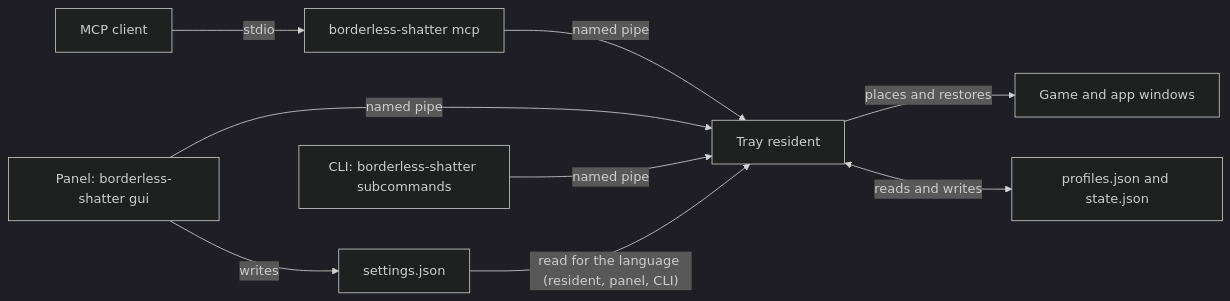
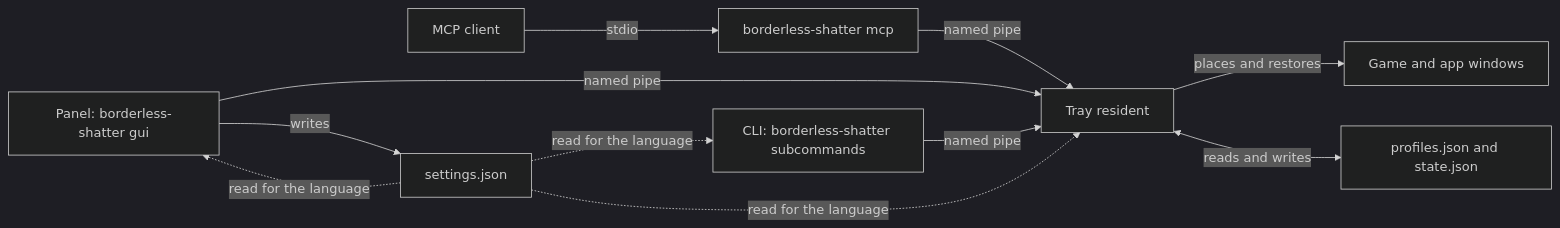
The diagram in README.md (frandev94/shattered-islands), drawn with Mermaid (dark theme) before and after one commit.

Commit message:
docs: draw every reader of settings.json in the process diagram
The resident, the panel and the CLI all read settings.json for the language; the diagram now shows a dotted read edge to each instead of one edge labelled with three readers.

````diff
--- a/README.md
+++ b/README.md
@@ -23,14 +23,16 @@
 ```mermaid
 flowchart LR
     client["MCP client"] -->|"stdio"| mcp["borderless-shatter mcp"]
     panel["Panel: borderless-shatter gui"]
     cli["CLI: borderless-shatter subcommands"]
     resident["Tray resident"]
     mcp -->|"named pipe"| resident
     panel -->|"named pipe"| resident
     cli -->|"named pipe"| resident
     resident -->|"places and restores"| windows["Game and app windows"]
     resident <-->|"reads and writes"| data["profiles.json and state.json"]
     panel -->|"writes"| settings["settings.json"]
-    settings -->|"read for the language (resident, panel, CLI)"| resident
+    settings -.->|"read for the language"| resident
+    settings -.->|"read for the language"| panel
+    settings -.->|"read for the language"| cli
 ```
````
